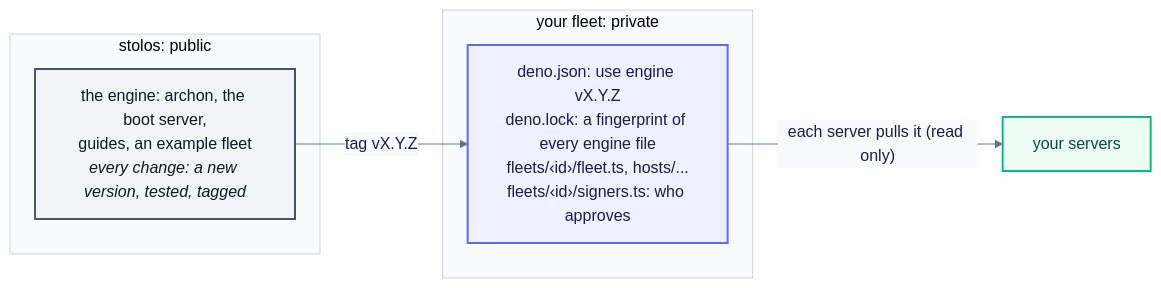
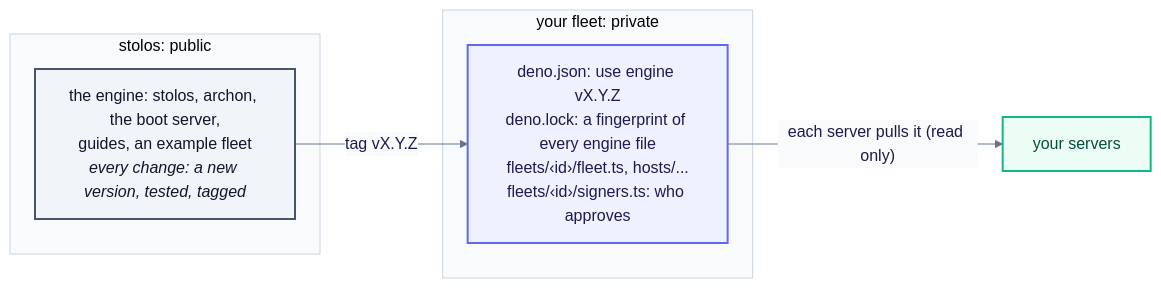
The third of 5 diagrams in README.md (intellectual-frontiers/stolos), drawn with Mermaid before and after one commit. The commit also changed other lines of this file and 3 other files, not shown here.

First line of the commit message:
059-stolos-and-archon: README: two commands, the stolos shortcut (PowerShell, zsh, bash, fish)

````diff
--- a/README.md
+++ b/README.md
@@ -147,28 +187,28 @@
 ```mermaid
 ---
 config:
   theme: base
   themeVariables:
     primaryColor: "#EEF2FF"
     primaryBorderColor: "#6366F1"
     primaryTextColor: "#1E1B4B"
     lineColor: "#64748B"
     edgeLabelBackground: "#F8FAFC"
     clusterBkg: "#F8FAFC"
     clusterBorder: "#CBD5E1"
 ---
 flowchart LR
   subgraph engine["stolos: public"]
-    E["the engine: archon, the boot server,<br/>guides, an example fleet<br/><i>every change: a new version, tested, tagged</i>"]:::gh
+    E["the engine: stolos, archon, the boot server,<br/>guides, an example fleet<br/><i>every change: a new version, tested, tagged</i>"]:::gh
   end
   subgraph fleet["your fleet: private"]
     F["deno.json: use engine vX.Y.Z<br/>deno.lock: a fingerprint of every engine file<br/>fleets/‹id›/fleet.ts, hosts/...<br/>fleets/‹id›/signers.ts: who approves"]:::you
   end
   S["your servers"]:::ok
   E -- "tag vX.Y.Z" --> F
   F -- "each server pulls it (read only)" --> S
   classDef you fill:#EEF2FF,stroke:#6366F1,stroke-width:2px,color:#1E1B4B
   classDef gh fill:#F1F5F9,stroke:#475569,stroke-width:2px,color:#0F172A
   classDef ok fill:#ECFDF5,stroke:#10B981,stroke-width:2px,color:#064E3B
   classDef no fill:#FEF2F2,stroke:#EF4444,stroke-width:2px,color:#7F1D1D
 ```
````
